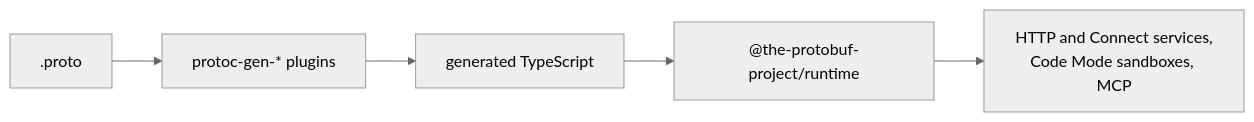
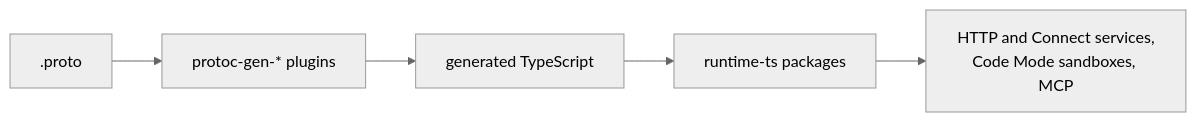
Before and after one commit to the-protobuf-project/runtime-ts: the diagram in README.md, drawn with Mermaid (neutral theme). The commit also changed other lines of this file and 113 other files, not shown here.

First line of the commit message:
refactor: split the runtime into workspace packages

````diff
--- a/README.md
+++ b/README.md
@@ -17,7 +17,7 @@
 ```mermaid
 flowchart LR
     proto[".proto"] --> plugins["protoc-gen-* plugins"]
     plugins --> gen["generated TypeScript"]
-    gen --> rt["@the-protobuf-project/runtime"]
+    gen --> rt["runtime-ts packages"]
     rt --> out["HTTP and Connect services,<br/>Code Mode sandboxes, MCP"]
 ```
````
